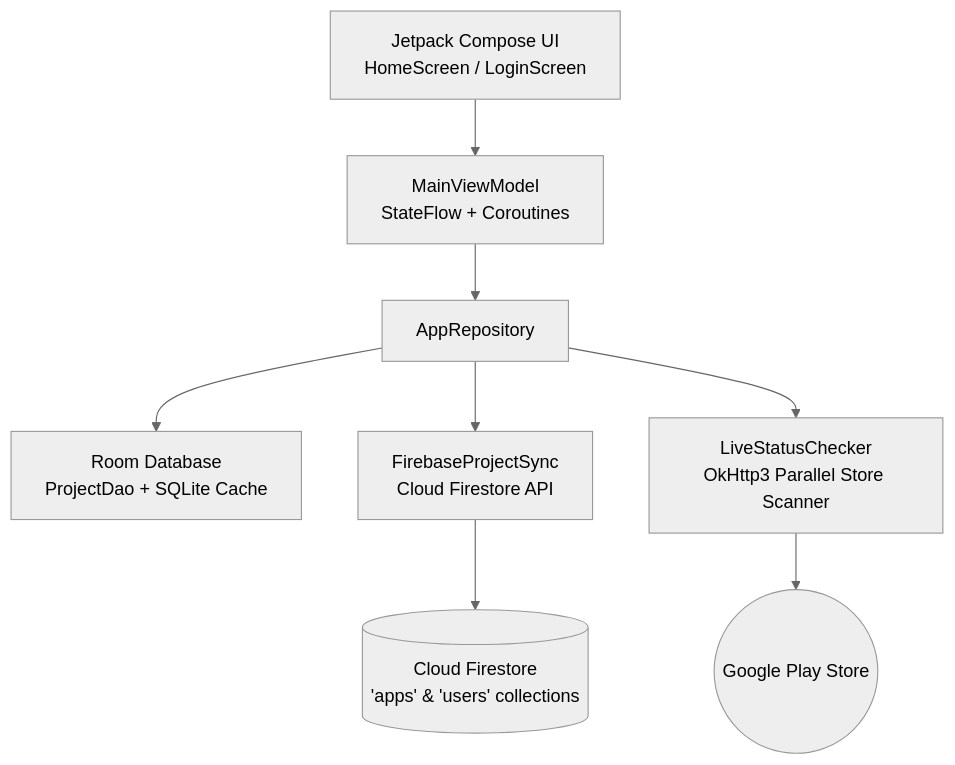
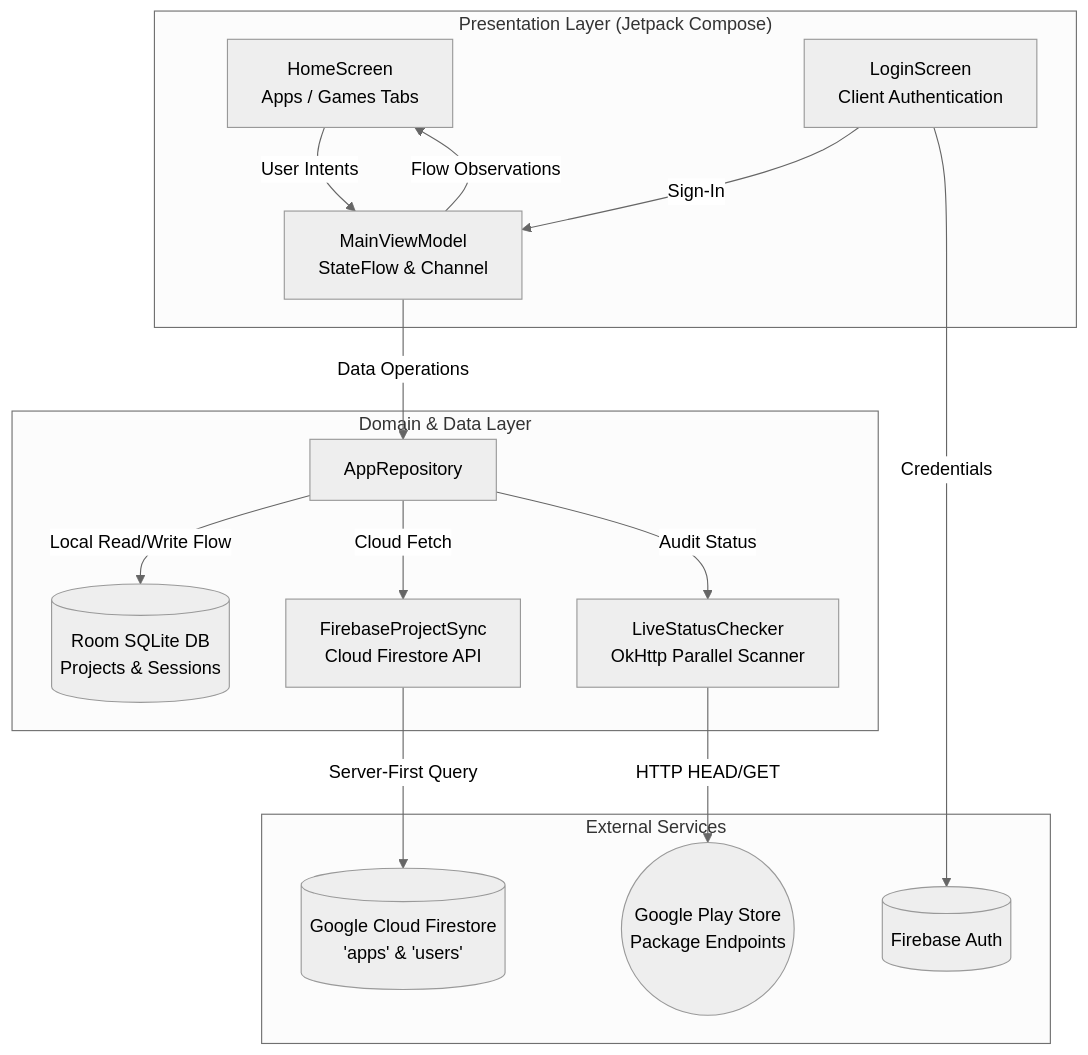
One commit to mzaid-dev/AppTrack changed the first of 2 diagrams in README.md. Above: the diagram before and after it, drawn with Mermaid (neutral theme). The commit also changed other lines of this file, not shown here.

Commit message:
docs: overhaul documentation with badge lifecycle, architecture, and store audit engine

````diff
--- a/README.md
+++ b/README.md
@@ -34,10 +72,34 @@
 ```mermaid
-graph TD
-    UI[Jetpack Compose UI\nHomeScreen / LoginScreen] --> VM[MainViewModel\nStateFlow + Coroutines]
-    VM --> Repo[AppRepository]
-    Repo --> Local[Room Database\nProjectDao + SQLite Cache]
-    Repo --> Remote[FirebaseProjectSync\nCloud Firestore API]
-    Repo --> Checker[LiveStatusChecker\nOkHttp3 Parallel Store Scanner]
-    Remote --> Firestore[(Cloud Firestore\n'apps' & 'users' collections)]
-    Checker --> PlayStore((Google Play Store))
+flowchart TD
+    subgraph UI ["Presentation Layer (Jetpack Compose)"]
+        HS[HomeScreen\nApps / Games Tabs]
+        LS[LoginScreen\nClient Authentication]
+        VM[MainViewModel\nStateFlow & Channel]
+    end
+
+    subgraph Data ["Domain & Data Layer"]
+        Repo[AppRepository]
+        Sync[FirebaseProjectSync\nCloud Firestore API]
+        Checker[LiveStatusChecker\nOkHttp Parallel Scanner]
+        RoomDB[(Room SQLite DB\nProjects & Sessions)]
+    end
+
+    subgraph External ["External Services"]
+        Firestore[(Google Cloud Firestore\n'apps' & 'users')]
+        PlayStore((Google Play Store\nPackage Endpoints))
+        Auth[(Firebase Auth)]
+    end
+
+    HS -->|User Intents| VM
+    LS -->|Sign-In| VM
+    VM -->|Flow Observations| HS
+    VM -->|Data Operations| Repo
+
+    Repo -->|Local Read/Write Flow| RoomDB
+    Repo -->|Cloud Fetch| Sync
+    Repo -->|Audit Status| Checker
+
+    Sync -->|Server-First Query| Firestore
+    Checker -->|HTTP HEAD/GET| PlayStore
+    LS -->|Credentials| Auth
 ```
````
